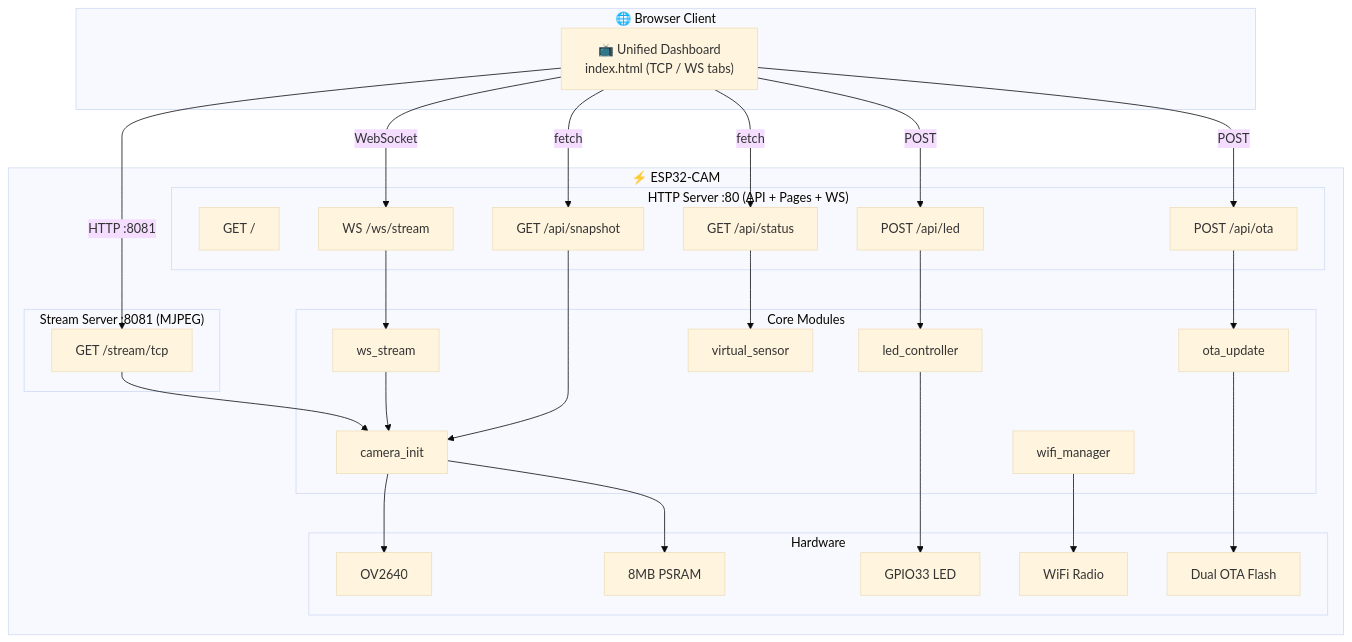
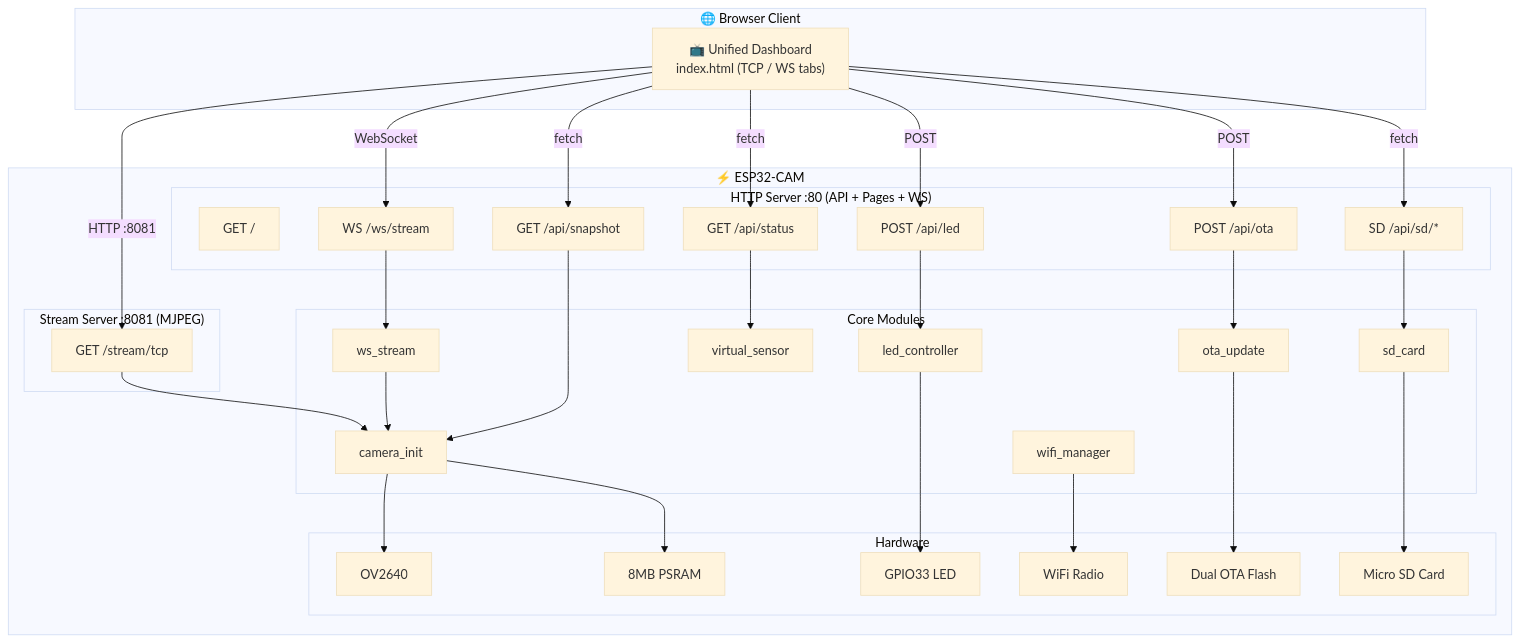
Before and after one commit to chinawrj/Autopilot-ESP32-CAM: the diagram in README.md, drawn with Mermaid (base theme). The commit also changed other lines of this file and 6 other files, not shown here.

````diff
--- a/README.md
+++ b/README.md
@@ -84,54 +86,58 @@
 ```mermaid
 graph TB
     subgraph Browser["🌐 Browser Client"]
         A1["📺 Unified Dashboard<br/>index.html (TCP / WS tabs)"]
     end
 
     subgraph ESP["⚡ ESP32-CAM"]
         subgraph HTTP80["HTTP Server :80 (API + Pages + WS)"]
             B1["GET /"]
             B4["GET /api/status"]
             B5["POST /api/led"]
             B6["WS /ws/stream"]
             B7["GET /api/snapshot"]
             B8["POST /api/ota"]
+            B9["SD /api/sd/*"]
         end
 
         subgraph HTTP8081["Stream Server :8081 (MJPEG)"]
             B2["GET /stream/tcp"]
         end
 
         subgraph Modules["Core Modules"]
             C1["wifi_manager"]
             C2["camera_init"]
             C3["ws_stream"]
             C4["led_controller"]
             C5["virtual_sensor"]
             C6["ota_update"]
+            C7["sd_card"]
         end
 
         subgraph HW["Hardware"]
             D2["OV2640"]
             D3["8MB PSRAM"]
             D4["GPIO33 LED"]
             D5["WiFi Radio"]
             D6["Dual OTA Flash"]
+            D7["Micro SD Card"]
         end
     end
 
     A1 -- "HTTP :8081" --> B2
     A1 -- "WebSocket" --> B6
-    A1 -- "fetch" --> B4 & B7
+    A1 -- "fetch" --> B4 & B7 & B9
     A1 -- "POST" --> B5 & B8
 
     B2 --> C2
     B6 --> C3 --> C2
     B7 --> C2
+    B9 --> C7 --> D7
     B4 --> C5
     B5 --> C4
     B8 --> C6
     C1 --> D5
     C2 --> D2 & D3
     C4 --> D4
     C6 --> D6
 ```
````
